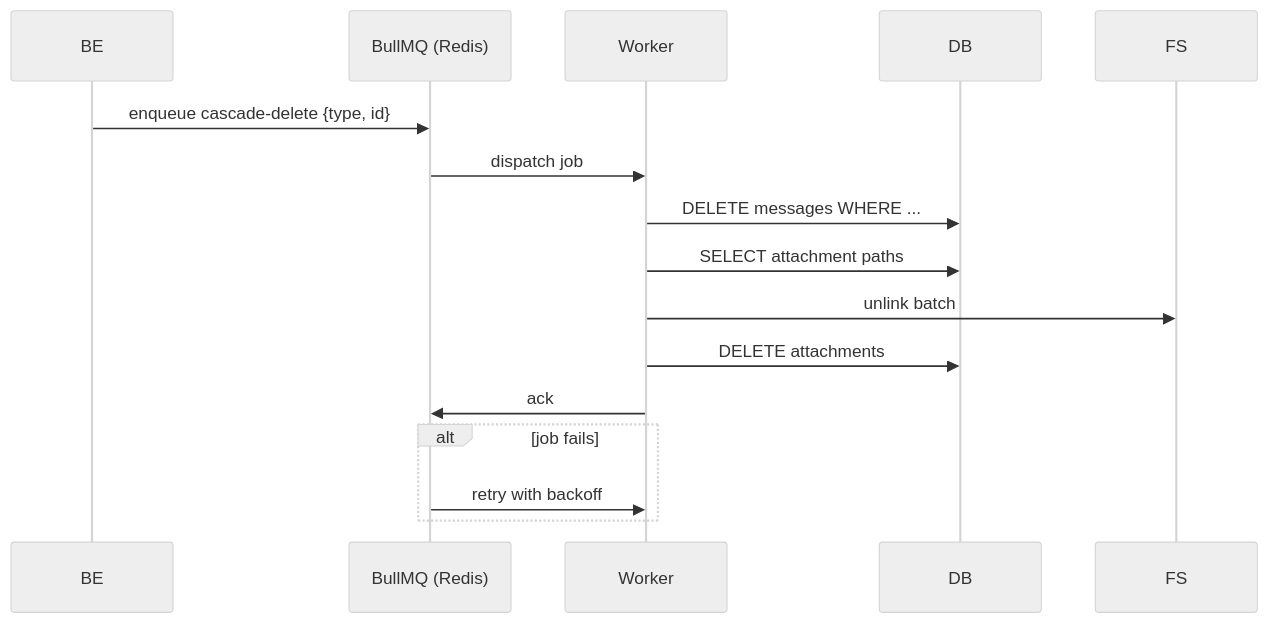
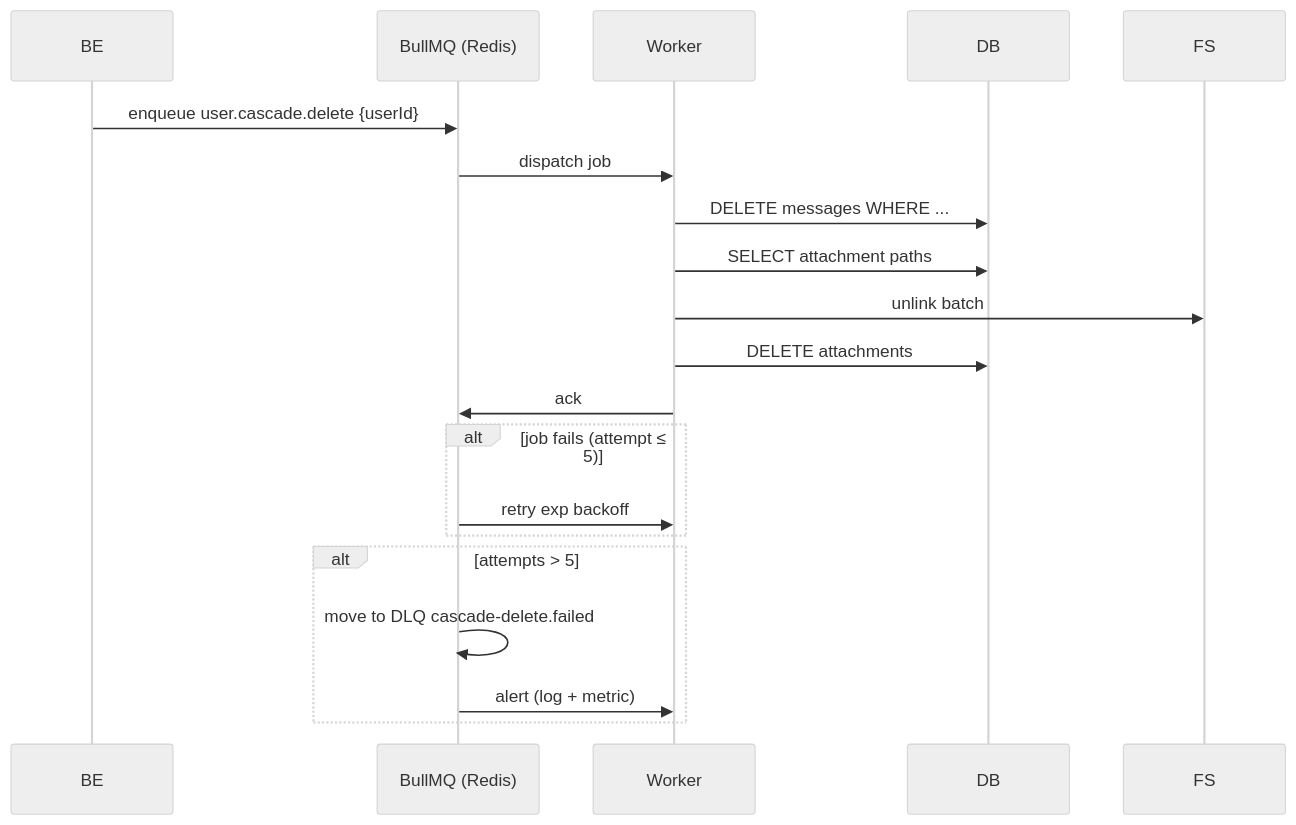
One commit to abobreshov/da-hackaton changed the second of 5 diagrams in mng/architecture/flow/11-scale-reliability.md. Above: the diagram before and after it, drawn with Mermaid (neutral theme). The commit also changed other lines of this file and 242 other files, not shown here.

````diff
--- a/mng/architecture/flow/11-scale-reliability.md
+++ b/mng/architecture/flow/11-scale-reliability.md
@@ -18,18 +18,22 @@
 ```mermaid
 sequenceDiagram
     participant BE
     participant Q as BullMQ (Redis)
     participant W as Worker
     participant DB
     participant FS
-    BE->>Q: enqueue cascade-delete {type, id}
+    BE->>Q: enqueue user.cascade.delete {userId}
     Q->>W: dispatch job
     W->>DB: DELETE messages WHERE ...
     W->>DB: SELECT attachment paths
     W->>FS: unlink batch
     W->>DB: DELETE attachments
     W->>Q: ack
-    alt job fails
-        Q->>W: retry with backoff
+    alt job fails (attempt ≤ 5)
+        Q->>W: retry exp backoff
+    end
+    alt attempts > 5
+        Q->>Q: move to DLQ cascade-delete.failed
+        Q->>W: alert (log + metric)
     end
 ```
````
